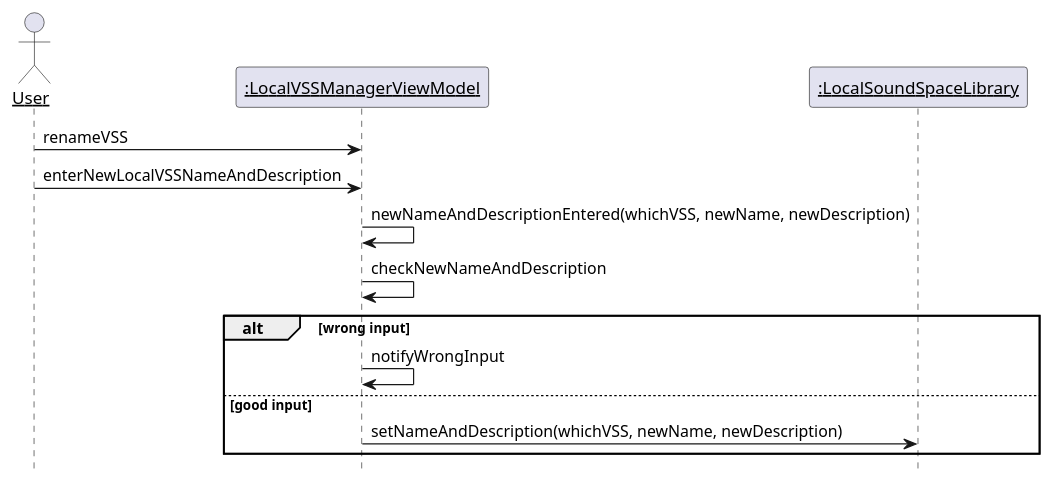
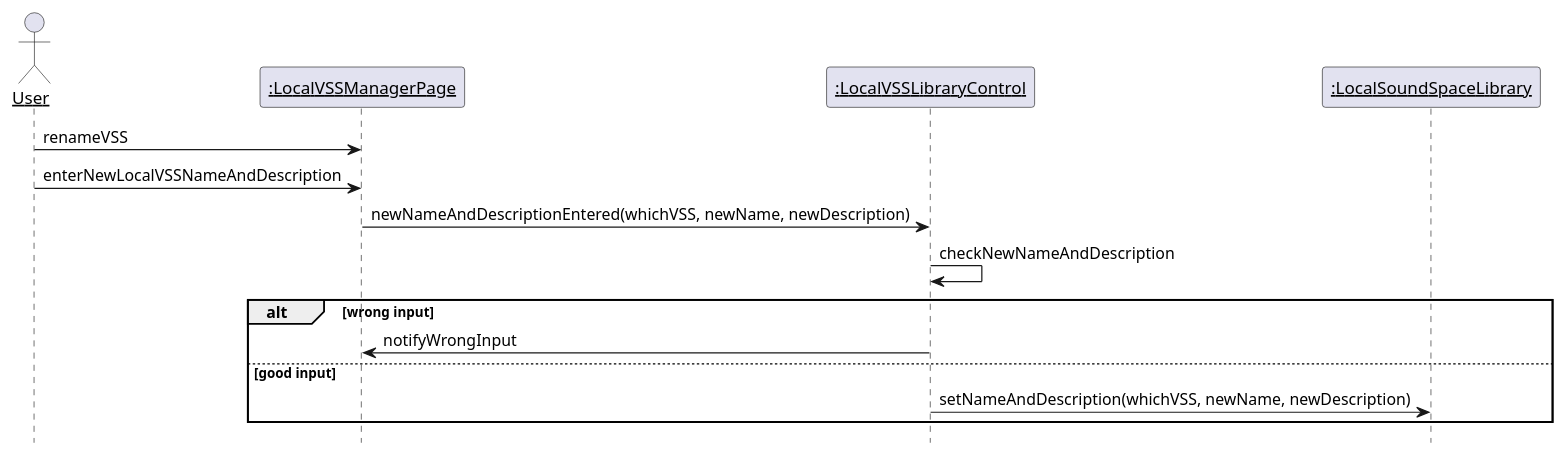
One commit to kpp19920121/doc changed diagram 12 of 31 in 设计/顺序图.md. Above: the diagram before and after it, drawn with PlantUML. The commit also changed other lines of this file, not shown here.

Commit message:
补全了顺序图

````diff
--- a/设计/顺序图.md
+++ b/设计/顺序图.md
@@ -531,21 +474,22 @@
 ```PlantUML
 @startuml Diagrams/RenameVSS
 hide footbox
 skinparam sequenceParticipant underline
 
 actor User as user
-participant ":LocalVSSManagerViewModel" as page
+participant ":LocalVSSManagerPage" as page
+participant ":LocalVSSLibraryControl" as control
 participant ":LocalSoundSpaceLibrary" as library
 
 user -> page: renameVSS
 user -> page: enterNewLocalVSSNameAndDescription
-page -> page: newNameAndDescriptionEntered(whichVSS, newName, newDescription)
-page -> page: checkNewNameAndDescription
+page -> control: newNameAndDescriptionEntered(whichVSS, newName, newDescription)
+control -> control: checkNewNameAndDescription
 alt wrong input
-    page -> page: notifyWrongInput
+    control -> page: notifyWrongInput
 else good input
-    page -> library: setNameAndDescription(whichVSS, newName, newDescription)
+    control -> library: setNameAndDescription(whichVSS, newName, newDescription)
 end
 
 @enduml
 ```
````
